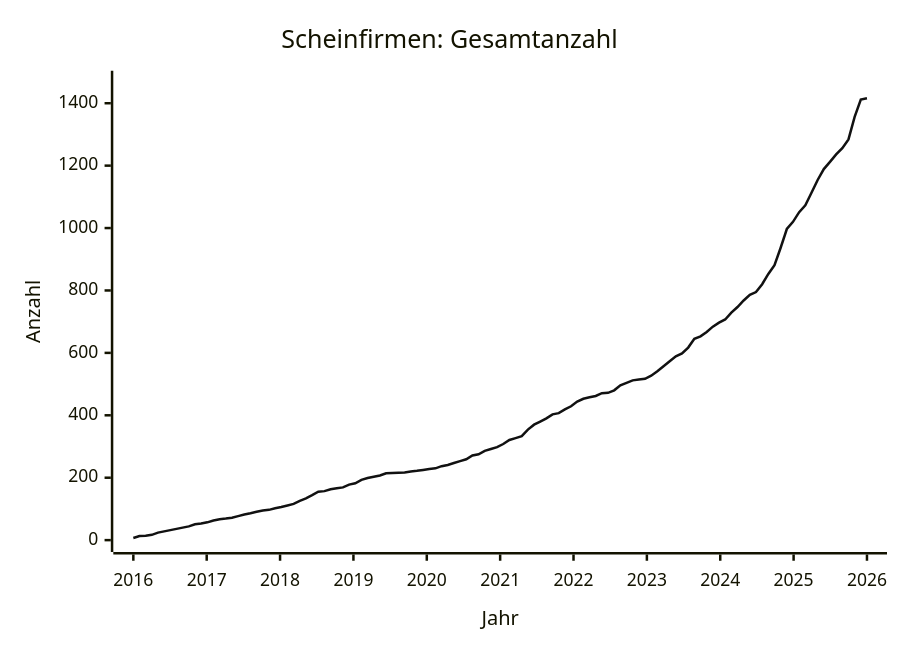
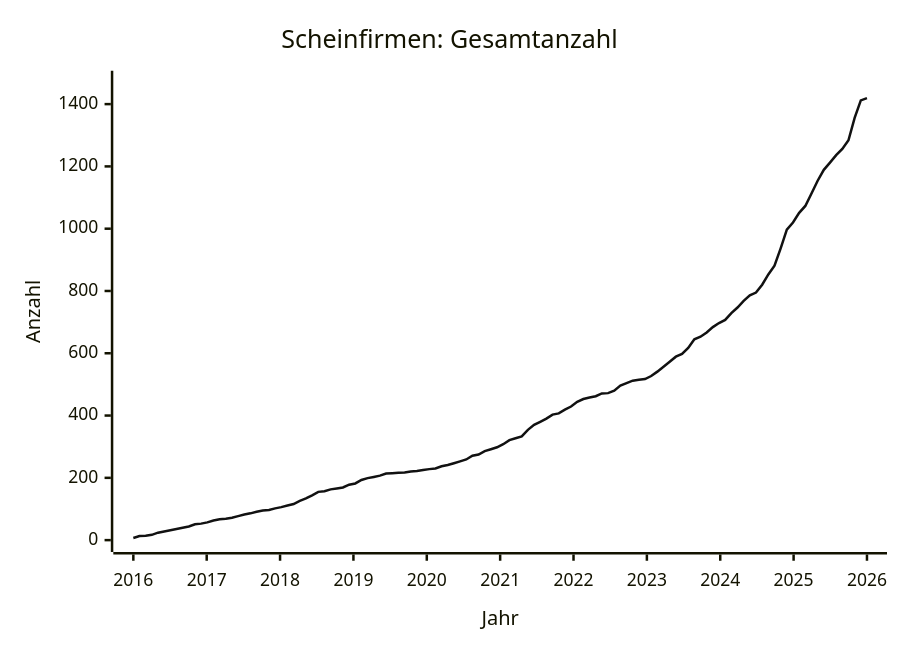
Before and after one commit to arjoma/scheinfirmen-at: the diagram in data/STATS.md, drawn with Mermaid. The commit also changed other lines of this file and 3 other files, not shown here.

````diff
--- a/data/STATS.md
+++ b/data/STATS.md
@@ -9,13 +9,13 @@
 ```mermaid
 ---
 config:
   themeVariables:
     xyChart:
       plotColorPalette: "#111111"
 ---
 xychart-beta
     title "Scheinfirmen: Gesamtanzahl"
     x-axis "Jahr" 2016 --> 2026
-    y-axis "Anzahl" 0 --> 1466
-    line [7, 13, 14, 17, 24, 28, 32, 36, 40, 44, 51, 53, 57, 63, 67, 69, 72, 77, 82, 86, 91, 95, 97, 102, 106, 111, 116, 126, 134, 144, 155, 157, 163, 166, 169, 178, 182, 193, 199, 203, 207, 214, 215, 216, 217, 220, 222, 225, 228, 230, 237, 241, 247, 253, 259, 271, 275, 286, 292, 298, 308, 321, 327, 333, 354, 370, 380, 390, 403, 407, 419, 429, 444, 453, 458, 462, 471, 472, 480, 496, 504, 512, 515, 517, 527, 541, 557, 573, 589, 598, 617, 645, 653, 667, 684, 697, 707, 729, 747, 768, 786, 795, 820, 853, 881, 937, 997, 1020, 1051, 1073, 1113, 1154, 1189, 1212, 1236, 1256, 1284, 1356, 1412, 1416]
+    y-axis "Anzahl" 0 --> 1469
+    line [7, 13, 14, 17, 24, 28, 32, 36, 40, 44, 51, 53, 57, 63, 67, 69, 72, 77, 82, 86, 91, 95, 97, 102, 106, 111, 116, 126, 134, 144, 155, 157, 163, 166, 169, 178, 182, 193, 199, 203, 207, 214, 215, 216, 217, 220, 222, 225, 228, 230, 237, 241, 247, 253, 259, 271, 275, 286, 292, 298, 308, 321, 327, 333, 354, 370, 380, 390, 403, 407, 419, 429, 444, 453, 458, 462, 471, 472, 480, 496, 504, 512, 515, 517, 527, 541, 557, 573, 589, 598, 617, 645, 653, 667, 684, 697, 707, 729, 747, 768, 786, 795, 820, 853, 881, 937, 997, 1020, 1051, 1073, 1113, 1154, 1189, 1212, 1236, 1256, 1284, 1356, 1412, 1419]
 ```
````
